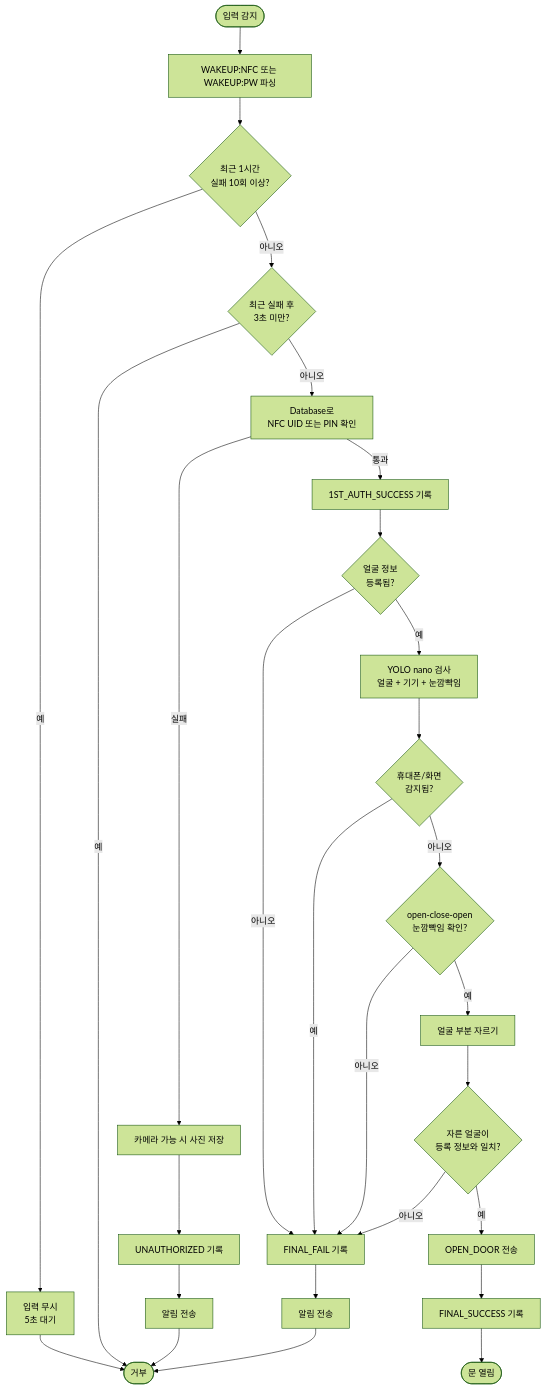
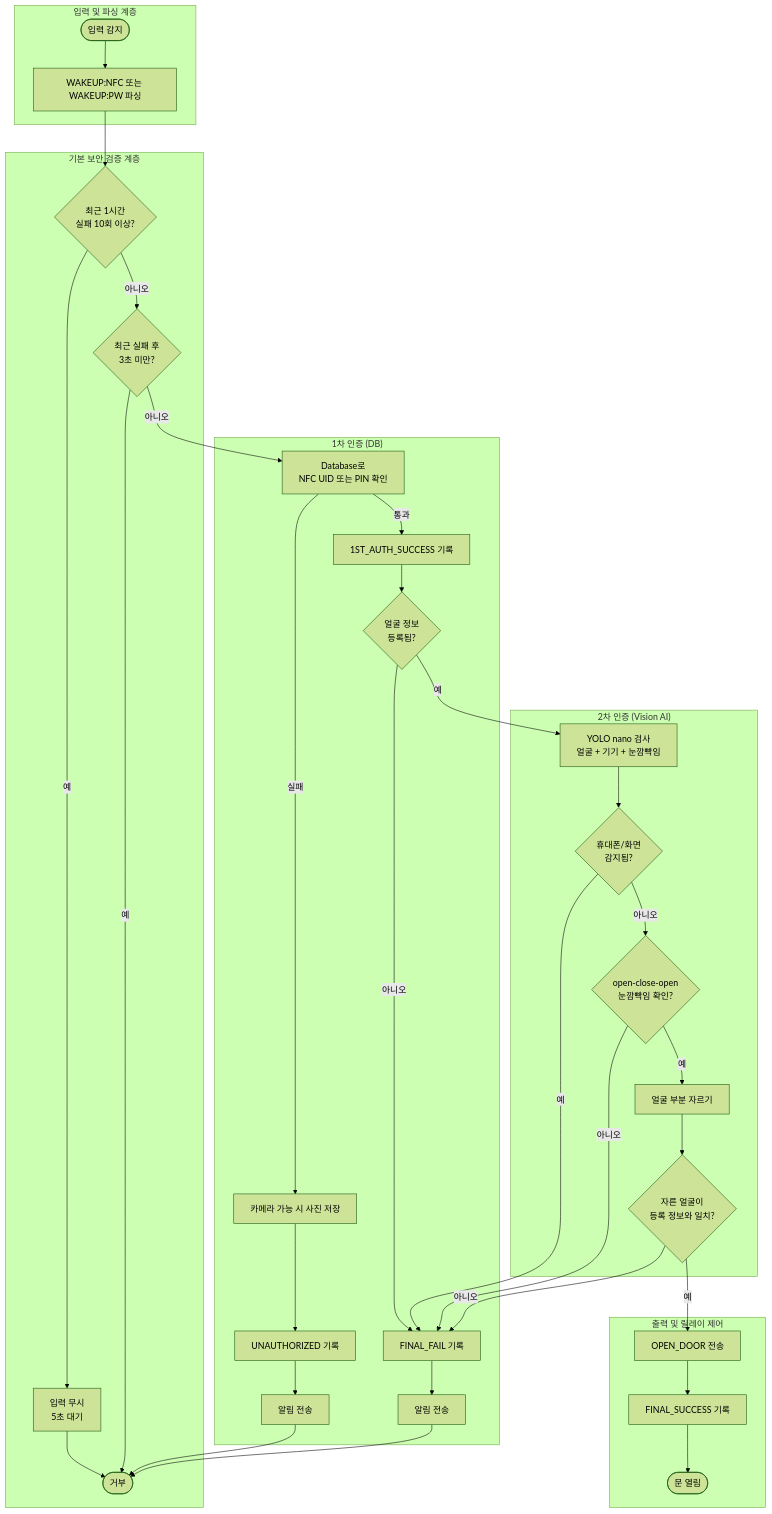
Before and after one commit to hkimw-underground/digital-logic-circuit: the second of 5 diagrams in docs/system_design.md, drawn with Mermaid (forest theme). The commit also changed other lines of this file and 1 other file, not shown here.

Commit message:
docs: enhance system design and project overview with visual diagrams
- Update `README.md` to include visual badges, a Mermaid system architecture flowchart, and explicit GUI access instructions.
- Update `docs/system_design.md` to refine the system logic flowchart using Mermaid subgraphs.
- Add a new Mermaid sequence diagram detailing the FastAPI Web GUI User Registration flow.

````diff
--- a/docs/system_design.md
+++ b/docs/system_design.md
@@ -45,21 +45,35 @@
 ```mermaid
 flowchart TD
-    Start([입력 감지]) --> Parse["WAKEUP:NFC 또는 WAKEUP:PW 파싱"]
-    Parse --> Lockdown{"최근 1시간<br/>실패 10회 이상?"}
-    Lockdown -- 예 --> Hold["입력 무시<br/>5초 대기"] --> End([거부])
-    Lockdown -- 아니오 --> Rate{"최근 실패 후<br/>3초 미만?"}
-    Rate -- 예 --> End
-    Rate -- 아니오 --> First["Database로<br/>NFC UID 또는 PIN 확인"]
-    First -- 실패 --> Snap1["카메라 가능 시 사진 저장"] --> Log1["UNAUTHORIZED 기록"] --> Alert1["알림 전송"] --> End
-    First -- 통과 --> Log2["1ST_AUTH_SUCCESS 기록"] --> FaceData{"얼굴 정보<br/>등록됨?"}
-    FaceData -- 아니오 --> Log3["FINAL_FAIL 기록"] --> Alert2["알림 전송"] --> End
-    FaceData -- 예 --> Gate["YOLO nano 검사<br/>얼굴 + 기기 + 눈깜빡임"]
-    Gate --> Device{"휴대폰/화면<br/>감지됨?"}
-    Device -- 예 --> Log3
-    Device -- 아니오 --> Blink{"open-close-open<br/>눈깜빡임 확인?"}
-    Blink -- 아니오 --> Log3
-    Blink -- 예 --> Crop["얼굴 부분 자르기"]
-    Crop --> Match{"자른 얼굴이<br/>등록 정보와 일치?"}
-    Match -- 아니오 --> Log3
-    Match -- 예 --> Open["OPEN_DOOR 전송"] --> Log4["FINAL_SUCCESS 기록"] --> Done([문 열림])
+    subgraph Input_Layer ["입력 및 파싱 계층"]
+        Start([입력 감지]) --> Parse["WAKEUP:NFC 또는 WAKEUP:PW 파싱"]
+    end
+
+    subgraph Security_Check ["기본 보안 검증 계층"]
+        Parse --> Lockdown{"최근 1시간<br/>실패 10회 이상?"}
+        Lockdown -- 예 --> Hold["입력 무시<br/>5초 대기"] --> End([거부])
+        Lockdown -- 아니오 --> Rate{"최근 실패 후<br/>3초 미만?"}
+        Rate -- 예 --> End
+    end
+
+    subgraph Auth_First ["1차 인증 (DB)"]
+        Rate -- 아니오 --> First["Database로<br/>NFC UID 또는 PIN 확인"]
+        First -- 실패 --> Snap1["카메라 가능 시 사진 저장"] --> Log1["UNAUTHORIZED 기록"] --> Alert1["알림 전송"] --> End
+        First -- 통과 --> Log2["1ST_AUTH_SUCCESS 기록"] --> FaceData{"얼굴 정보<br/>등록됨?"}
+        FaceData -- 아니오 --> Log3["FINAL_FAIL 기록"] --> Alert2["알림 전송"] --> End
+    end
+
+    subgraph Auth_Second ["2차 인증 (Vision AI)"]
+        FaceData -- 예 --> Gate["YOLO nano 검사<br/>얼굴 + 기기 + 눈깜빡임"]
+        Gate --> Device{"휴대폰/화면<br/>감지됨?"}
+        Device -- 예 --> Log3
+        Device -- 아니오 --> Blink{"open-close-open<br/>눈깜빡임 확인?"}
+        Blink -- 아니오 --> Log3
+        Blink -- 예 --> Crop["얼굴 부분 자르기"]
+        Crop --> Match{"자른 얼굴이<br/>등록 정보와 일치?"}
+        Match -- 아니오 --> Log3
+    end
+
+    subgraph Output_Layer ["출력 및 릴레이 제어"]
+        Match -- 예 --> Open["OPEN_DOOR 전송"] --> Log4["FINAL_SUCCESS 기록"] --> Done([문 열림])
+    end
 ```
````
